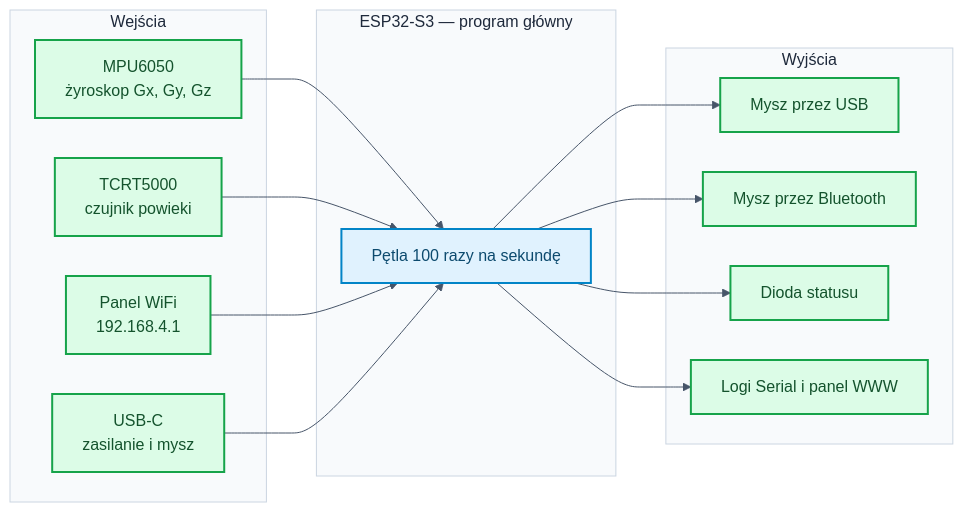
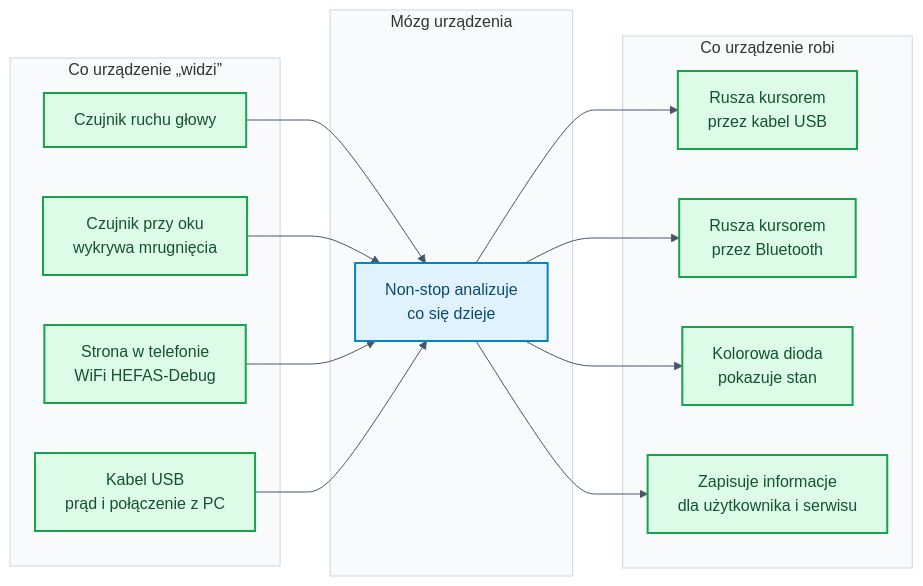
Before and after one commit to bartkadres-ai/HEFAS-4.0: the first of 10 diagrams in README.md, drawn with Mermaid. The commit also changed other lines of this file, not shown here.

````diff
--- a/README.md
+++ b/README.md
@@ -285,35 +287,35 @@
 ```mermaid
-%%{init: {"theme":"base","themeVariables":{"background":"#ffffff","mainBkg":"#ffffff","secondaryColor":"#ffffff","tertiaryColor":"#ffffff","primaryColor":"#ffffff","primaryTextColor":"#1e293b","secondaryTextColor":"#1e293b","tertiaryTextColor":"#1e293b","primaryBorderColor":"#64748b","lineColor":"#475569","clusterBkg":"#f8fafc","clusterBorder":"#cbd5e1","edgeLabelBackground":"#ffffff","textColor":"#1e293b"},"themeCSS":".mermaid,.mermaid svg{background-color:#ffffff!important;padding:8px}.nodeLabel,.edgeLabel,.label,.cluster-label{color:#1e293b!important}.cluster rect{fill:#f8fafc!important;stroke:#cbd5e1!important}","flowchart":{"curve":"basis","nodeSpacing":40,"rankSpacing":50}}}%%
+%%{init: { 'theme': 'default', 'themeVariables': { 'darkMode': false, 'background': '#ffffff', 'mainBkg': '#ffffff', 'primaryColor': '#ffffff', 'secondaryColor': '#ffffff', 'tertiaryColor': '#ffffff', 'primaryTextColor': '#1e293b', 'lineColor': '#475569', 'clusterBkg': '#f8fafc', 'clusterBorder': '#cbd5e1', 'edgeLabelBackground': '#ffffff', 'noteBkgColor': '#f8fafc', 'noteTextColor': '#475569' }}}%%
 flowchart LR
-    subgraph WEJ["Wejścia"]
-        IMU["MPU6050<br/>żyroskop Gx, Gy, Gz"]
-        IR["TCRT5000<br/>czujnik powieki"]
-        WEB["Panel WiFi<br/>192.168.4.1"]
-        USBIN["USB-C<br/>zasilanie i mysz"]
+    subgraph WEJ["Co urządzenie „widzi”"]
+        IMU["Czujnik ruchu głowy"]
+        IR["Czujnik przy oku<br/>wykrywa mrugnięcia"]
+        WEB["Strona w telefonie<br/>WiFi HEFAS-Debug"]
+        USBIN["Kabel USB<br/>prąd i połączenie z PC"]
     end
 
-    subgraph MCU["ESP32-S3 — program główny"]
-        LOOP["Pętla 100 razy na sekundę"]
+    subgraph MCU["Mózg urządzenia"]
+        LOOP["Non-stop analizuje<br/>co się dzieje"]
     end
 
-    subgraph WYJ["Wyjścia"]
-        HID["Mysz przez USB"]
-        BLE["Mysz przez Bluetooth"]
-        LED["Dioda statusu"]
-        LOG["Logi Serial i panel WWW"]
+    subgraph WYJ["Co urządzenie robi"]
+        HID["Rusza kursorem<br/>przez kabel USB"]
+        BLE["Rusza kursorem<br/>przez Bluetooth"]
+        LED["Kolorowa dioda<br/>pokazuje stan"]
+        LOG["Zapisuje informacje<br/>dla użytkownika i serwisu"]
     end
 
     IMU --> LOOP
     IR --> LOOP
     WEB --> LOOP
     USBIN --> LOOP
     LOOP --> HID
     LOOP --> BLE
     LOOP --> LED
     LOOP --> LOG
 
     classDef io fill:#dcfce7,stroke:#16a34a,stroke-width:2px,color:#14532d
     classDef core fill:#e0f2fe,stroke:#0284c7,stroke-width:2px,color:#0c4a6e
     class IMU,IR,WEB,USBIN,HID,BLE,LED,LOG io
     class LOOP core
 ```
````
